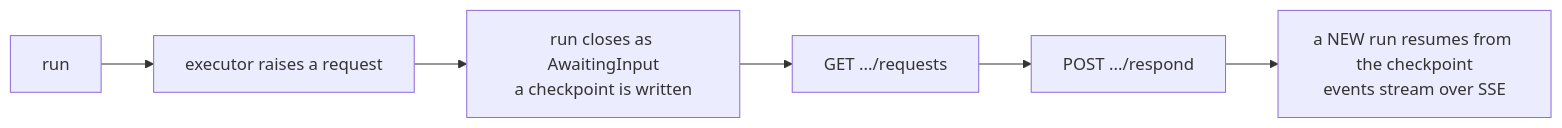
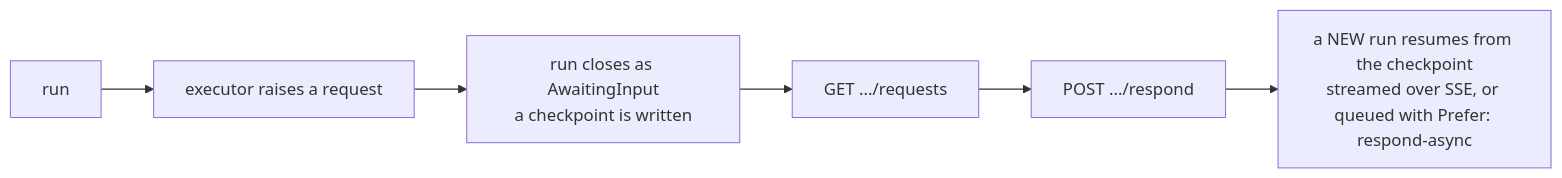
Before and after one commit to farukatasoy/Tracon: the second of 2 diagrams in docs-site/src/content/docs/concepts/workflows.md, drawn with Mermaid. The commit also changed other lines of this file and 9 other files, not shown here.

````diff
--- a/docs-site/src/content/docs/concepts/workflows.md
+++ b/docs-site/src/content/docs/concepts/workflows.md
@@ -461,10 +578,10 @@
 ```mermaid
 flowchart LR
     accTitle: Durable workflow input cycle
     accDescr: A workflow request closes the run as awaiting input, writes a checkpoint, then resumes from that checkpoint in a new run after a response.
     RUN["run"] --> ASK["executor raises a request"]
     ASK --> WAIT["run closes as AwaitingInput<br/>a checkpoint is written"]
     WAIT --> LIST["GET .../requests"]
     LIST --> RESP["POST .../respond"]
-    RESP --> NEW["a NEW run resumes from the checkpoint<br/>events stream over SSE"]
+    RESP --> NEW["a NEW run resumes from the checkpoint<br/>streamed over SSE, or queued with Prefer: respond-async"]
 ```
````
